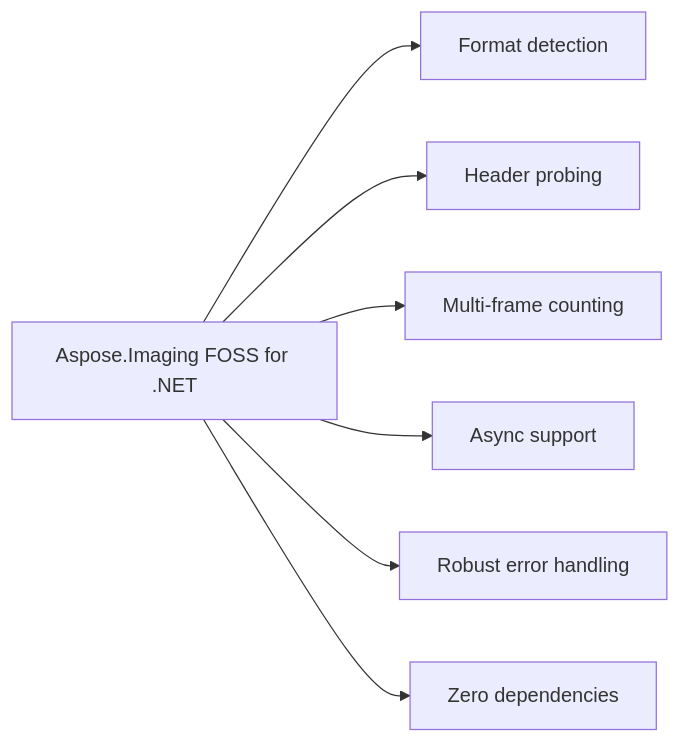
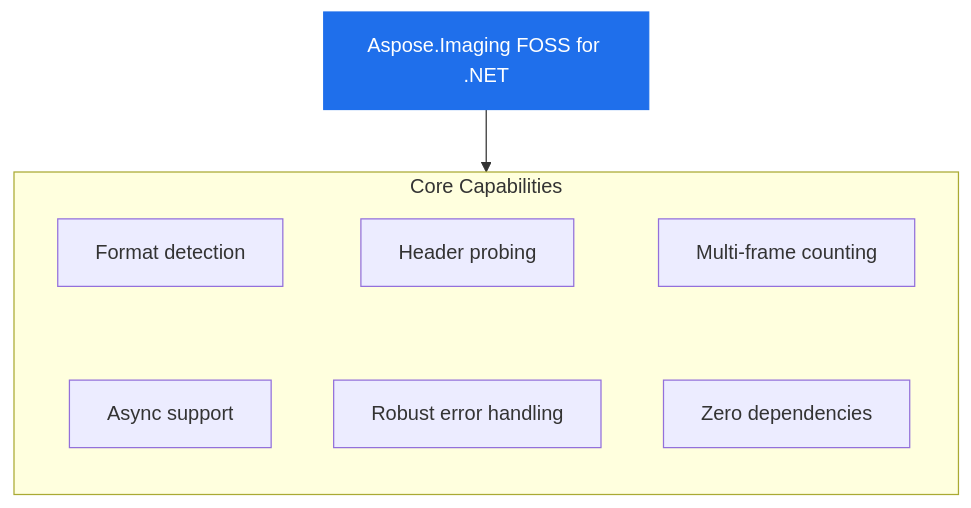
The diagram in d947d11cc6b282443231c2025ee43bf974a335dd/README.md (babar-raza/repo-presenter), drawn with Mermaid before and after one commit. The commit also changed other lines of this file and 13 other files, not shown here.

Commit message:
bundle: aspose-imaging-foss/Aspose.Imaging-FOSS-for-.NET lane R d947d11cc6b282443231c2025ee43bf974a335dd

````diff
--- a/d947d11cc6b282443231c2025ee43bf974a335dd/README.md
+++ b/d947d11cc6b282443231c2025ee43bf974a335dd/README.md
@@ -34,15 +30,19 @@
 ```mermaid
-flowchart LR
-Product["Aspose.Imaging FOSS for .NET"]
-Product["Aspose.Imaging FOSS for .NET"] --> Cap1["Format detection"]
-Cap2["Header probing"]
-Cap3["Multi-frame counting"]
-Cap4["Async support"]
-Cap5["Robust error handling"]
-Cap6["Zero dependencies"]
-Product["Aspose.Imaging FOSS for .NET"] --> Cap2["Header probing"]
-Product["Aspose.Imaging FOSS for .NET"] --> Cap3["Multi-frame counting"]
-Product["Aspose.Imaging FOSS for .NET"] --> Cap4["Async support"]
-Product["Aspose.Imaging FOSS for .NET"] --> Cap5["Robust error handling"]
-Product["Aspose.Imaging FOSS for .NET"] --> Cap6["Zero dependencies"]
+flowchart TB
+  PRODUCT["Aspose.Imaging FOSS for .NET"]
+  subgraph Capabilities["Core Capabilities"]
+    direction TB
+    c1["Format detection"]
+    c2["Header probing"]
+    c3["Multi-frame counting"]
+    c4["Async support"]
+    c5["Robust error handling"]
+    c6["Zero dependencies"]
+    c1 ~~~ c4
+    c2 ~~~ c5
+    c3 ~~~ c6
+  end
+  PRODUCT --> Capabilities
+  classDef product fill:#1f6feb,stroke:#1f6feb,color:#ffffff
+  class PRODUCT product
 ```
````
